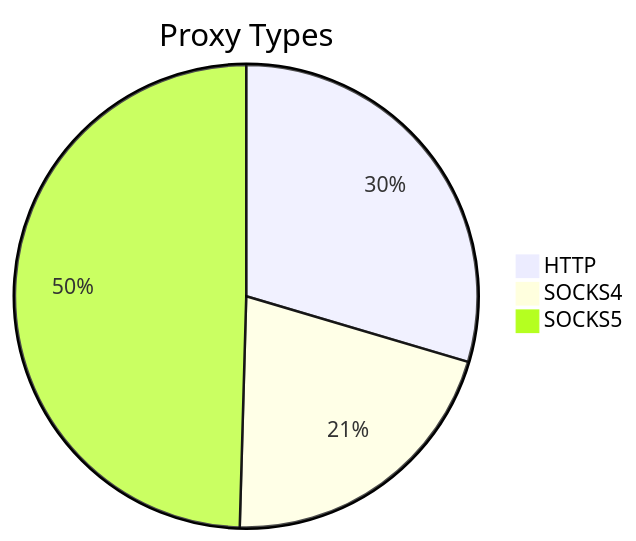
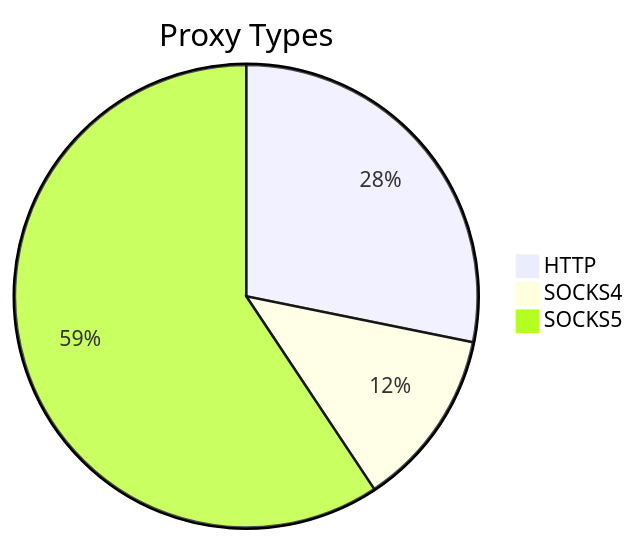
Before and after one commit to stormsia/proxy-list: the first of 2 diagrams in README.md, drawn with Mermaid. The commit also changed other lines of this file, not shown here.

````diff
--- a/README.md
+++ b/README.md
@@ -21,6 +21,6 @@
 ```mermaid
 pie title Proxy Types
-    "HTTP" : 231
-    "SOCKS4" : 163
-    "SOCKS5" : 387
+    "HTTP" : 192
+    "SOCKS4" : 85
+    "SOCKS5" : 404
 ```
````
